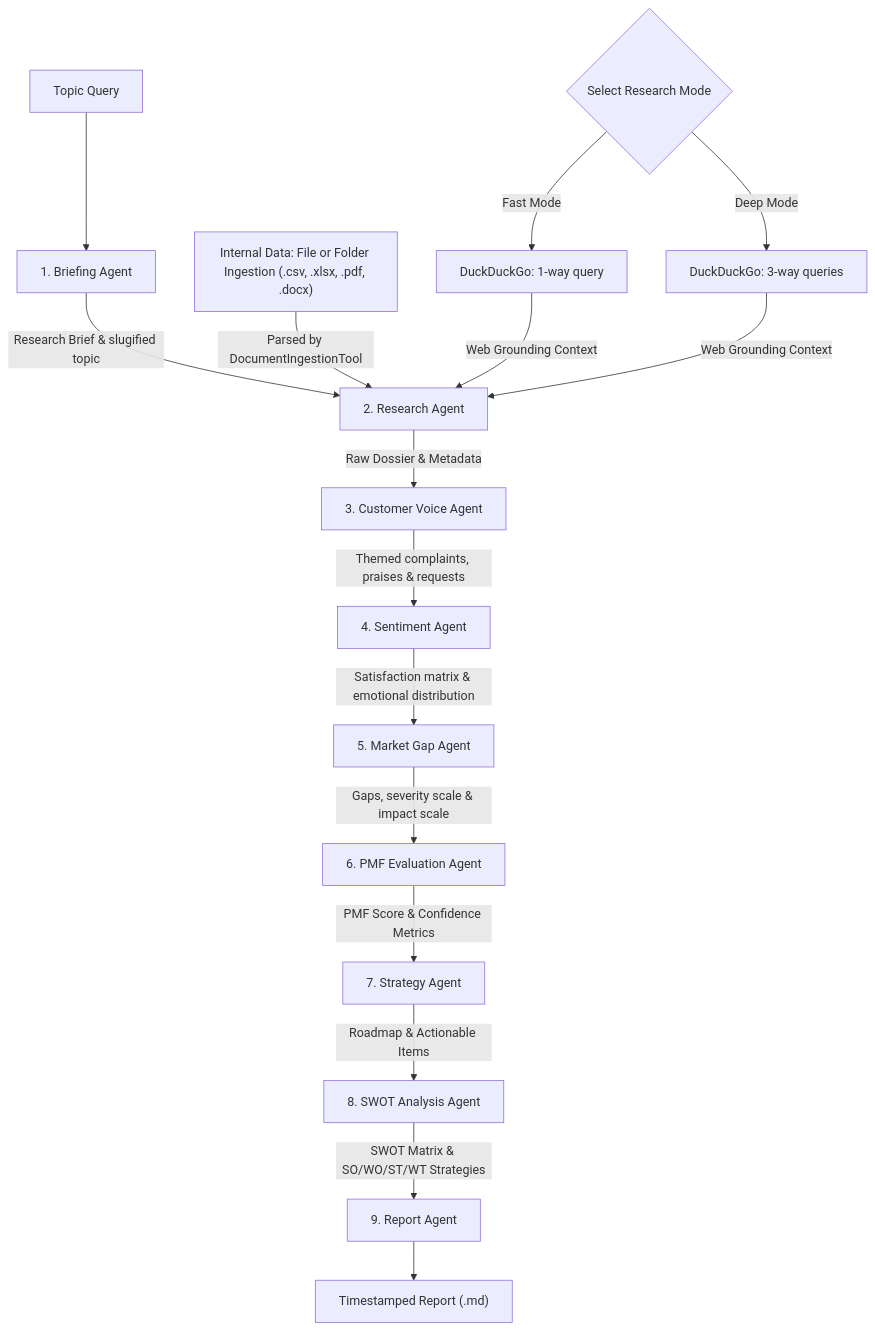
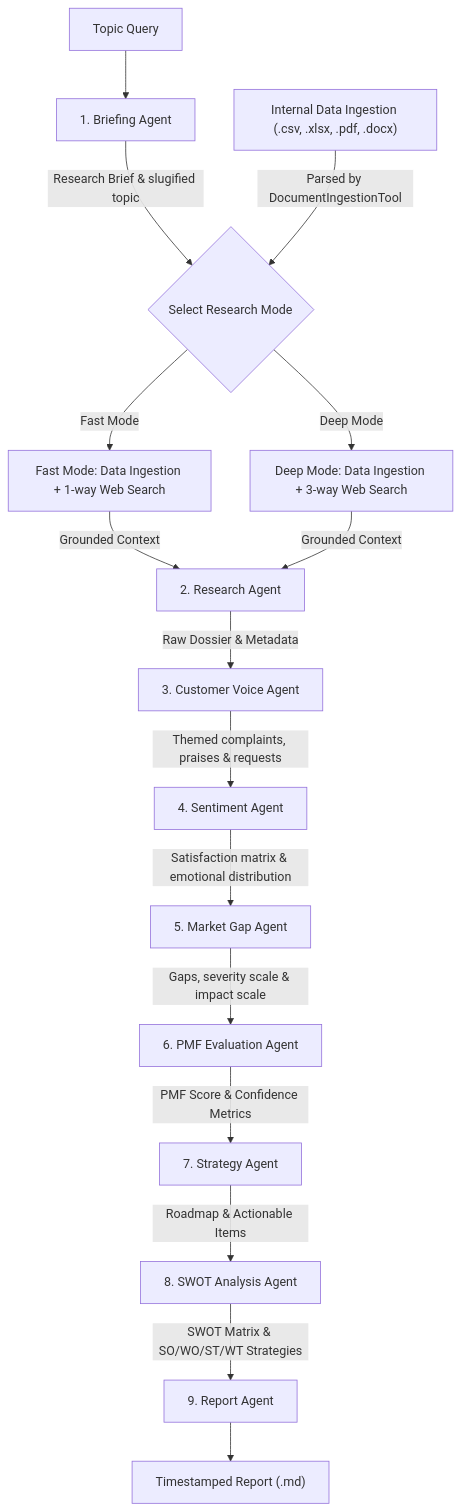
The diagram in README.md (addysiddiqui7/PMFNavigator-AI), drawn with Mermaid before and after one commit. The commit also changed other lines of this file, not shown here.

````diff
--- a/README.md
+++ b/README.md
@@ -43,31 +43,32 @@
 ```mermaid
 graph TD
     Input[Topic Query] --> Stage1[1. Briefing Agent]
-    Stage1 -->|Research Brief & slugified topic| Stage2[2. Research Agent]
+    Stage1 -->|Research Brief & slugified topic| ModeSelect{Select Research Mode}
     
-    %% Input Sources Branch
-    Data["Internal Data: File or Folder Ingestion (.csv, .xlsx, .pdf, .docx)"] -->|Parsed by DocumentIngestionTool| Stage2
+    %% Input Sources Branch (Ingests 4 possible data configurations)
+    Data["Internal Data Ingestion (.csv, .xlsx, .pdf, .docx)"] -->|Parsed by DocumentIngestionTool| ModeSelect
     
-    %% Search Modes Branch (determined by mode CLI argument)
-    ModeSelect{Select Research Mode} -->|Fast Mode| Fast["DuckDuckGo: 1-way query"]
-    ModeSelect -->|Deep Mode| Deep["DuckDuckGo: 3-way queries"]
+    %% Search Modes Branch (2 research modes: Fast vs. Deep)
+    ModeSelect -->|Fast Mode| Fast["Fast Mode: Data Ingestion + 1-way Web Search"]
+    ModeSelect -->|Deep Mode| Deep["Deep Mode: Data Ingestion + 3-way Web Search"]
     
-    Fast -->|Web Grounding Context| Stage2
-    Deep -->|Web Grounding Context| Stage2
+    %% Target Node: 1 Research Agent
+    Fast -->|Grounded Context| Stage2[2. Research Agent]
+    Deep -->|Grounded Context| Stage2
     
     %% Research & Extraction
     Stage2 -->|Raw Dossier & Metadata| Stage3[3. Customer Voice Agent]
     Stage3 -->|Themed complaints, praises & requests| Stage4[4. Sentiment Agent]
     
     %% Analysis & Opportunity
     Stage4 -->|Satisfaction matrix & emotional distribution| Stage5[5. Market Gap Agent]
     Stage5 -->|Gaps, severity scale & impact scale| Stage6[6. PMF Evaluation Agent]
     
     %% Strategy & SWOT
     Stage6 -->|PMF Score & Confidence Metrics| Stage7[7. Strategy Agent]
     Stage7 -->|Roadmap & Actionable Items| Stage8[8. SWOT Analysis Agent]
     
     %% Report Output
     Stage8 -->|SWOT Matrix & SO/WO/ST/WT Strategies| Stage9[9. Report Agent]
     Stage9 --> OutputFile["Timestamped Report (.md)"]
 ```
````
